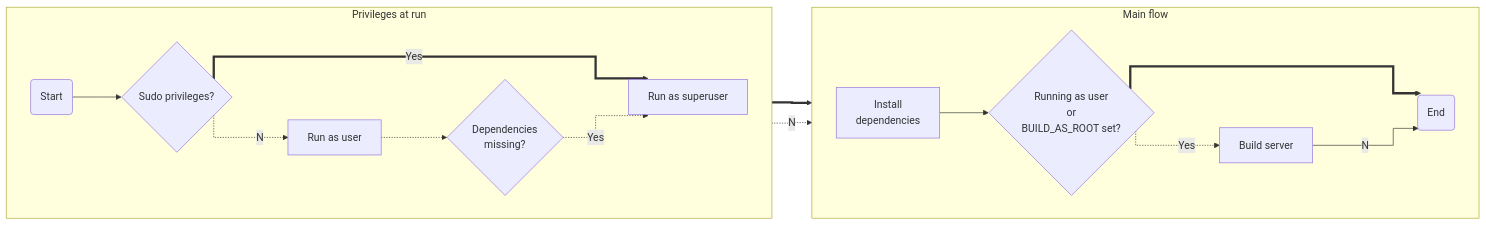
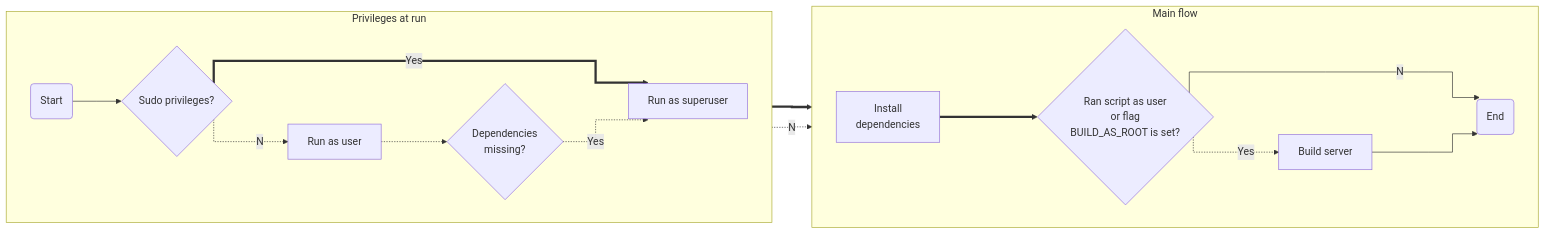
The diagram in docs/docs/getting-started/installation.md (mithril-security/bastionlab), drawn with Mermaid before and after one commit. The commit also changed other lines of this file, not shown here.

````diff
--- a/docs/docs/getting-started/installation.md
+++ b/docs/docs/getting-started/installation.md
@@ -158,21 +159,21 @@
 ```mermaid
 %%{ init: { 'flowchart': { 'curve': 'stepBefore' } } }%%
 flowchart LR
     subgraph Privileges at run
         direction LR
         z(Start) --> a
         a{Sudo privileges?} ==Yes==> b[Run as superuser]
         a -.No.-> c[Run as user] -.-> d{Dependencies\nmissing?}
         d -.Yes.-> b
     end
     subgraph Main flow
         direction LR
-        A[Install\ndependencies] --> D{Running as user\nor\nBUILD_AS_ROOT set?}
+        A[Install\ndependencies] ===> D{Ran script as user\nor flag\nBUILD_AS_ROOT is set?}
         D -.Yes.-> B
         B[Build server]
-        D ==> C(End)
-        B --No--> C
+        D ==No==> C(End)
+        B ---> C
     end
         b ==> A
         d -.No.-> B
 ```
````
